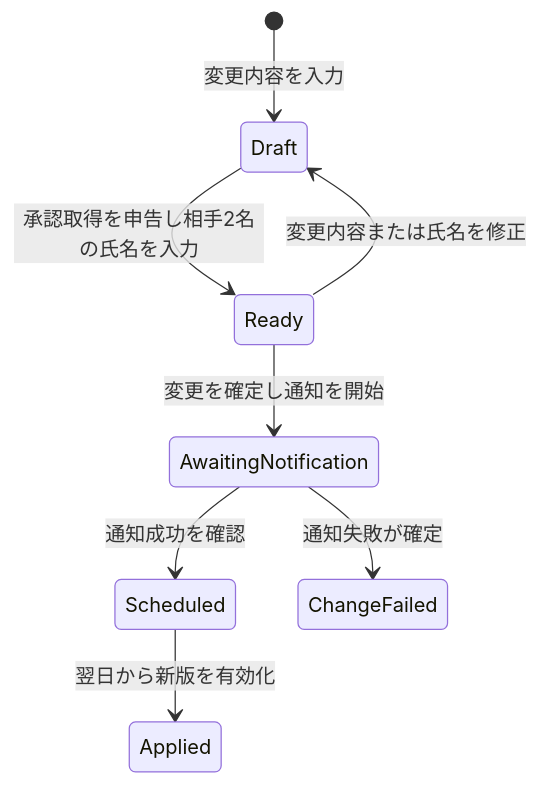
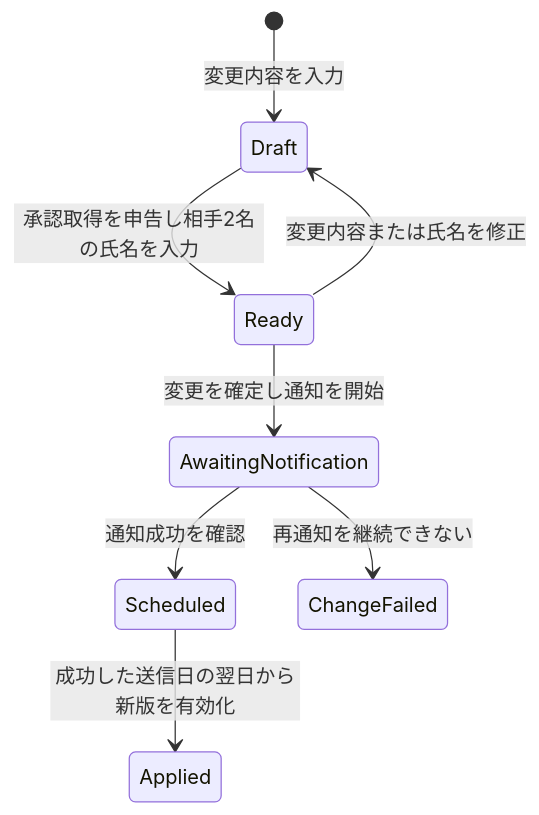
One commit to nto300002/kiiya-cleaning-checker changed the third of 4 diagrams in docs/state-transitions.md. Above: the diagram before and after it, drawn with Mermaid. The commit also changed other lines of this file and 3 other files, not shown here.

````diff
--- a/docs/state-transitions.md
+++ b/docs/state-transitions.md
@@ -99,10 +100,10 @@
 ```mermaid
 stateDiagram-v2
     [*] --> Draft: 変更内容を入力
     Draft --> Ready: 承認取得を申告し相手2名の氏名を入力
     Ready --> Draft: 変更内容または氏名を修正
     Ready --> AwaitingNotification: 変更を確定し通知を開始
     AwaitingNotification --> Scheduled: 通知成功を確認
-    AwaitingNotification --> ChangeFailed: 通知失敗が確定
-    Scheduled --> Applied: 翌日から新版を有効化
+    AwaitingNotification --> ChangeFailed: 再通知を継続できない
+    Scheduled --> Applied: 成功した送信日の翌日から新版を有効化
 ```
````
